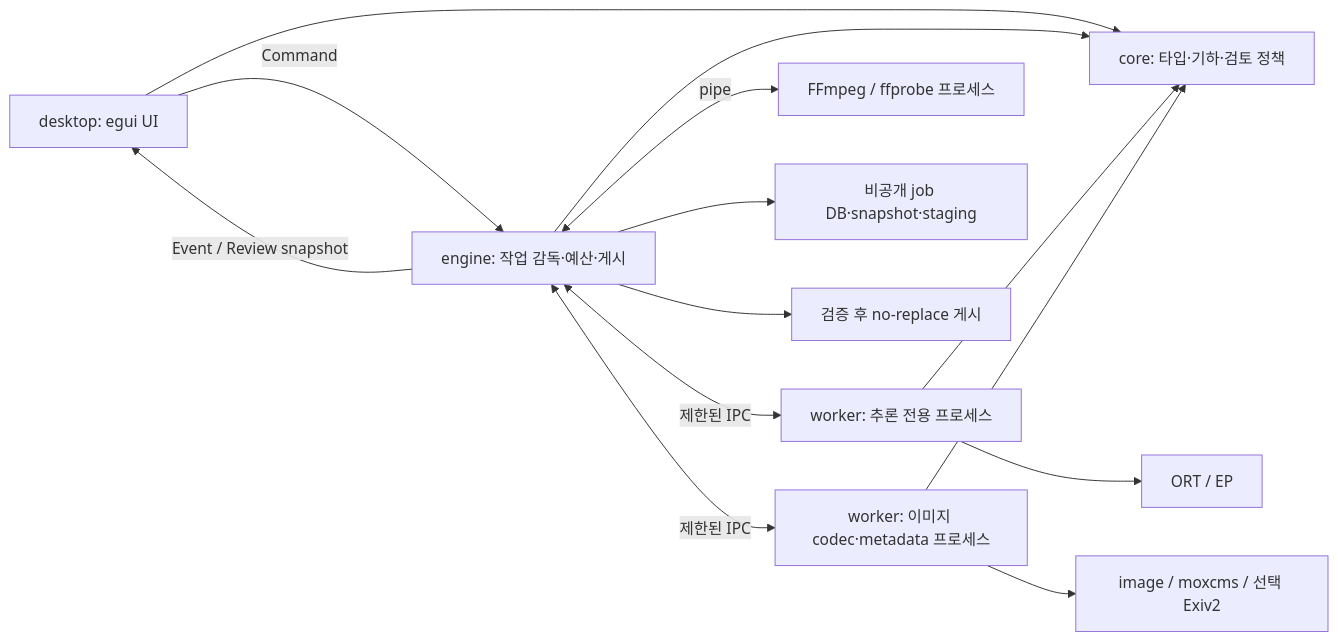
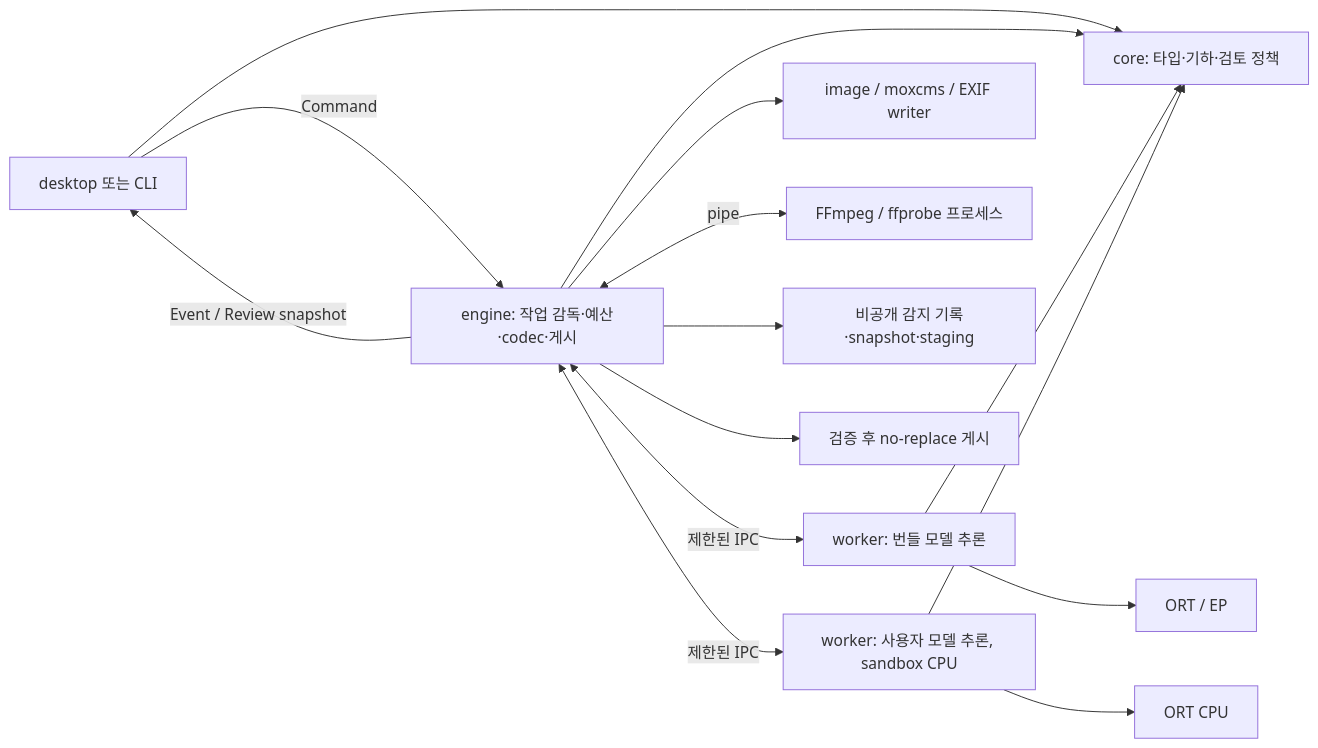
The second of 2 diagrams in docs/RUST_PORT_PLAN.md (nyabi-gh/CloakFrame), drawn with Mermaid before and after one commit. The commit also changed other lines of this file, not shown here.

````diff
--- a/docs/RUST_PORT_PLAN.md
+++ b/docs/RUST_PORT_PLAN.md
@@ -216,16 +230,17 @@
 ```mermaid
 flowchart LR
-    UI[desktop: egui UI] -->|Command| E[engine: 작업 감독·예산·게시]
+    UI[desktop 또는 CLI] -->|Command| E[engine: 작업 감독·예산·codec·게시]
     E -->|Event / Review snapshot| UI
     UI --> C[core: 타입·기하·검토 정책]
     E --> C
-    E <-->|제한된 IPC| W[worker: 추론 전용 프로세스]
-    E <-->|제한된 IPC| I[worker: 이미지 codec·metadata 프로세스]
+    E <-->|제한된 IPC| W[worker: 번들 모델 추론]
+    E <-->|제한된 IPC| S[worker: 사용자 모델 추론, sandbox CPU]
     W --> C
-    I --> C
+    S --> C
     W --> O[ORT / EP]
-    I --> N[image / moxcms / 선택 Exiv2]
+    S --> OC[ORT CPU]
+    E --> N[image / moxcms / EXIF writer]
     E <-->|pipe| F[FFmpeg / ffprobe 프로세스]
-    E --> D[비공개 job DB·snapshot·staging]
+    E --> D[비공개 감지 기록·snapshot·staging]
     E --> P[검증 후 no-replace 게시]
 ```
````
